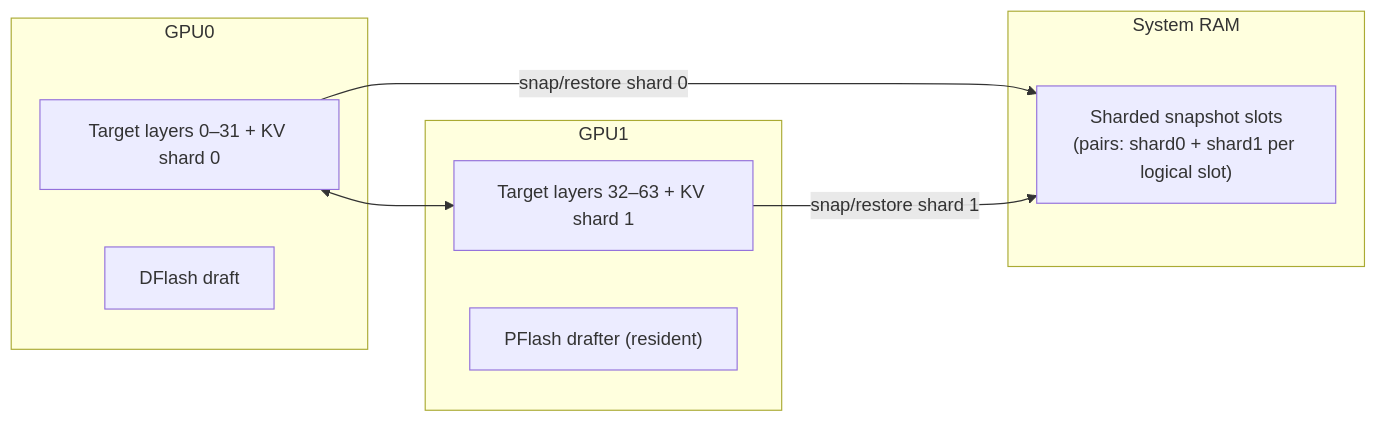
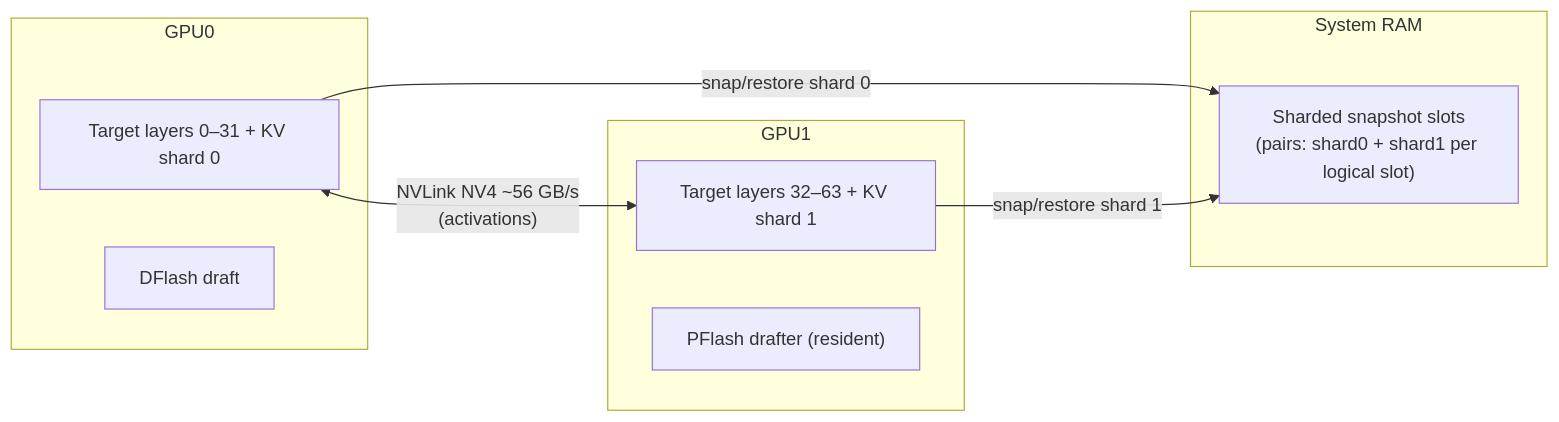
The sixth of 6 diagrams in docs/research-nextgen-archecture.md (davidmroth/model-runner-v4), drawn with Mermaid before and after one commit. The commit also changed other lines of this file, not shown here.

First line of the commit message:
docs: fold measured NVLink NV4 topology into next-gen architecture research

````diff
--- a/docs/research-nextgen-archecture.md
+++ b/docs/research-nextgen-archecture.md
@@ -194,17 +228,17 @@
 ```mermaid
 flowchart LR
   subgraph gpu0f["GPU0"]
     F0["Target layers 0–31 + KV shard 0"]
     FD["DFlash draft"]
   end
   subgraph gpu1f["GPU1"]
     F1["Target layers 32–63 + KV shard 1"]
     FPF["PFlash drafter (resident)"]
   end
   subgraph ramf["System RAM"]
     FS["Sharded snapshot slots<br/>(pairs: shard0 + shard1 per logical slot)"]
   end
-  F0 <--> F1
+  F0 <-- "NVLink NV4 ~56 GB/s<br/>(activations)" --> F1
   F0 -- "snap/restore shard 0" --> FS
   F1 -- "snap/restore shard 1" --> FS
 ```
````
